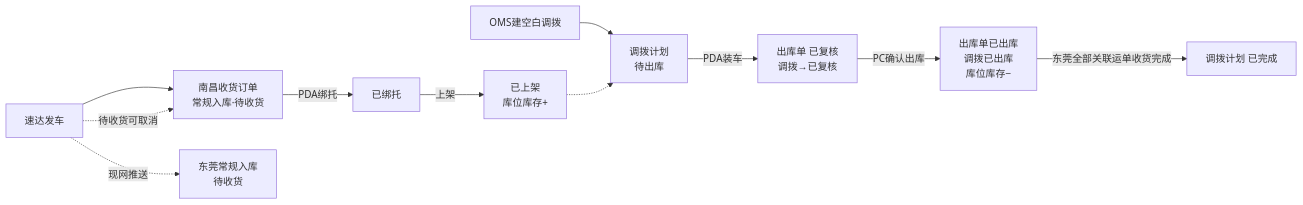
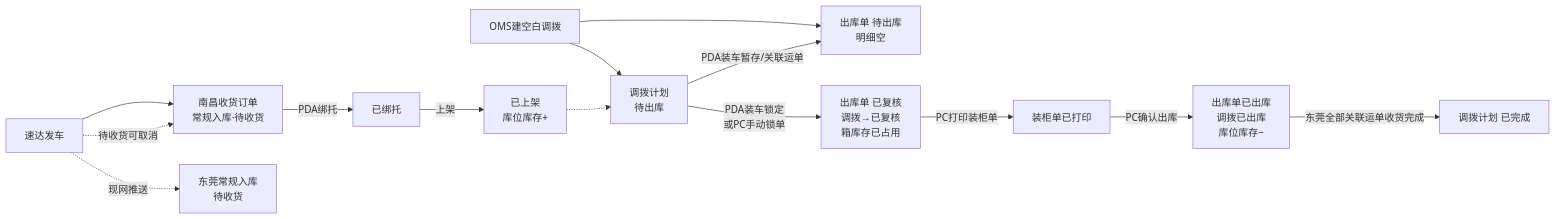
One commit to Tiana-1720/wms-inbound-demo changed the diagram in prd-docs/01-加盟商揽收仓需求/06-研发测试交接说明.md. Above: the diagram before and after it, drawn with Mermaid. The commit also changed other lines of this file and 50 other files, not shown here.

First line of the commit message:
Add outbound list and link-waybill flow with prototype annotations.

````diff
--- a/prd-docs/01-加盟商揽收仓需求/06-研发测试交接说明.md
+++ b/prd-docs/01-加盟商揽收仓需求/06-研发测试交接说明.md
@@ -26,13 +26,16 @@
 ```mermaid
 flowchart LR
     A["速达发车"] --> B["南昌收货订单<br/>常规入库·待收货"]
     A -.->|"现网推送"| K["东莞常规入库<br/>待收货"]
     B -->|"PDA绑托"| C["已绑托"]
     C -->|"上架"| D["已上架<br/>库位库存+"]
     E["OMS建空白调拨"] --> F["调拨计划<br/>待出库"]
+    E --> G0["出库单 待出库<br/>明细空"]
     D -.-> F
-    F -->|"PDA装车"| G["出库单 已复核<br/>调拨→已复核"]
-    G -->|"PC确认出库"| H["出库单已出库<br/>调拨已出库<br/>库位库存−"]
+    F -->|"PDA装车暂存/关联运单"| G0
+    F -->|"PDA装车锁定<br/>或PC手动锁单"| G["出库单 已复核<br/>调拨→已复核<br/>箱库存已占用"]
+    G -->|"PC打印装柜单"| G2["装柜单已打印"]
+    G2 -->|"PC确认出库"| H["出库单已出库<br/>调拨已出库<br/>库位库存−"]
     H -->|"东莞全部关联运单收货完成"| J["调拨计划 已完成"]
     A -.->|"待收货可取消"| B
 ```
````
